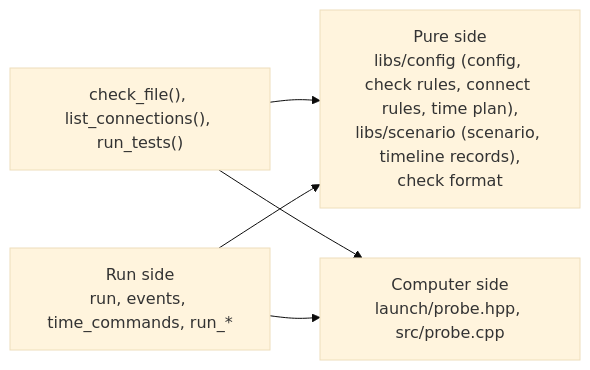
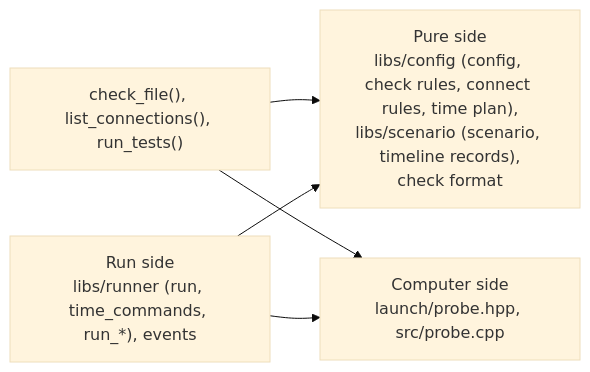
The second of 3 diagrams in docs/architecture.md (rahanahu/vehicle-sil), drawn with Mermaid (base theme) before and after one commit. The commit also changed other lines of this file and 124 other files, not shown here.

First line of the commit message:
build: move the run of the simulation into libs/runner

````diff
--- a/docs/architecture.md
+++ b/docs/architecture.md
@@ -221,11 +222,11 @@
 ```mermaid
 flowchart LR
     pure["Pure side<br>libs/config (config, check rules, connect rules, time plan),<br>libs/scenario (scenario, timeline records),<br>check format"]
     assemble["check_file(), list_connections(), run_tests()"]
     probe["Computer side<br>launch/probe.hpp, src/probe.cpp"]
-    run["Run side<br>run, events, time_commands, run_*"]
+    run["Run side<br>libs/runner (run, time_commands, run_*), events"]
     assemble --> pure
     assemble --> probe
     run --> pure
     run --> probe
 ```
````
